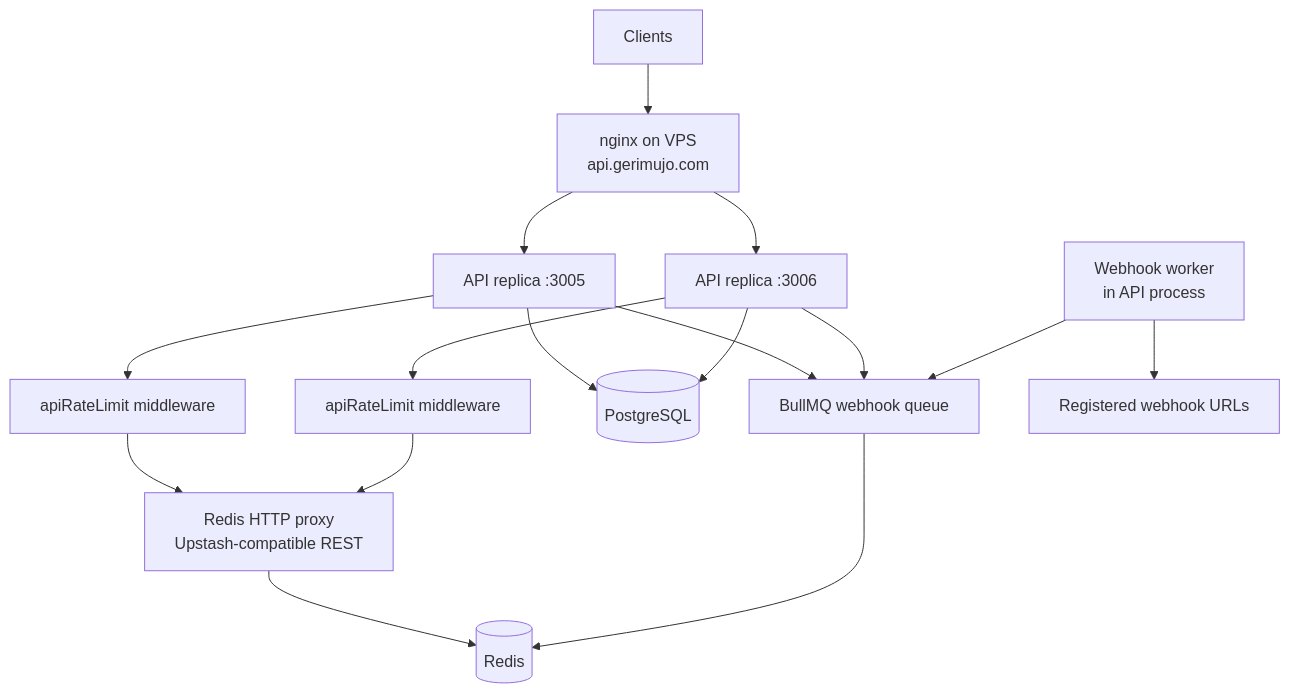
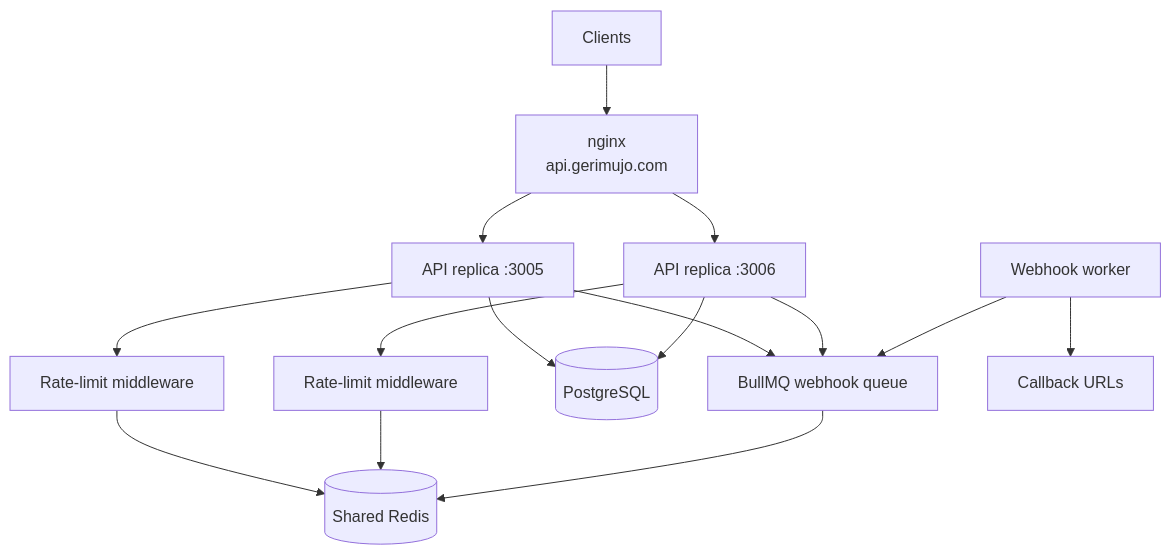
The first of 5 diagrams in README.md (gerimujo496/rate-limiter), drawn with Mermaid before and after one commit. The commit also changed other lines of this file, not shown here.

````diff
--- a/README.md
+++ b/README.md
@@ -401,22 +42,20 @@
 ```mermaid
 flowchart TD
-    Clients[Clients] --> Nginx[nginx on VPS<br/>api.gerimujo.com]
+    Clients[Clients] --> Nginx[nginx<br/>api.gerimujo.com]
     Nginx --> A1[API replica :3005]
     Nginx --> A2[API replica :3006]
 
-    A1 --> MW[apiRateLimit middleware]
-    A2 --> MW2[apiRateLimit middleware]
-
-    MW --> RedisRest[Redis HTTP proxy<br/>Upstash-compatible REST]
-    MW2 --> RedisRest
-    RedisRest --> Redis[(Redis)]
+    A1 --> RL[Rate-limit middleware]
+    A2 --> RL2[Rate-limit middleware]
+    RL --> Redis[(Shared Redis)]
+    RL2 --> Redis
 
     A1 --> PG[(PostgreSQL)]
     A2 --> PG
 
     A1 --> Queue[BullMQ webhook queue]
     A2 --> Queue
     Queue --> Redis
-    Worker[Webhook worker<br/>in API process] --> Queue
-    Worker --> Callbacks[Registered webhook URLs]
+    Worker[Webhook worker] --> Queue
+    Worker --> Callbacks[Callback URLs]
 ```
````
